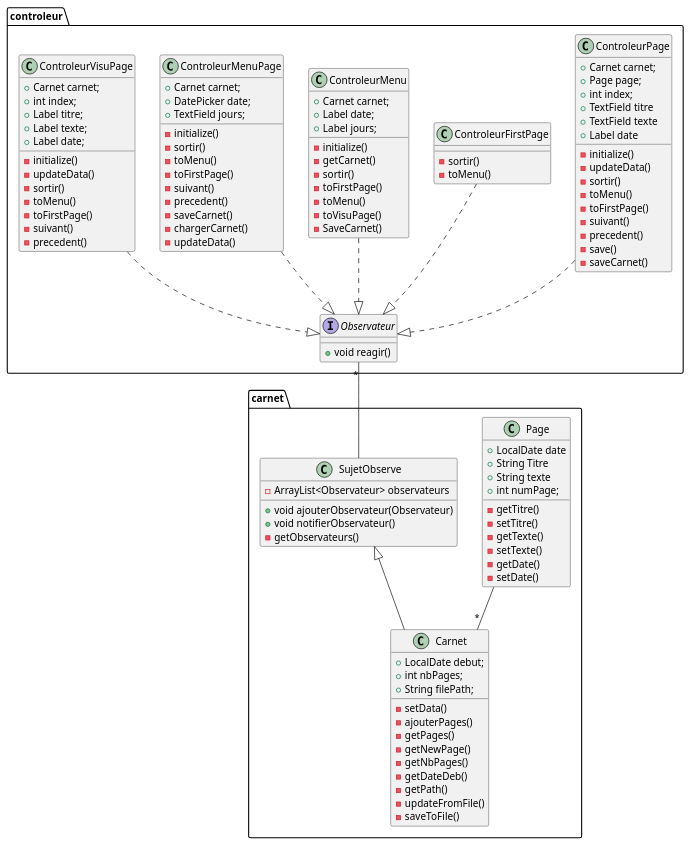
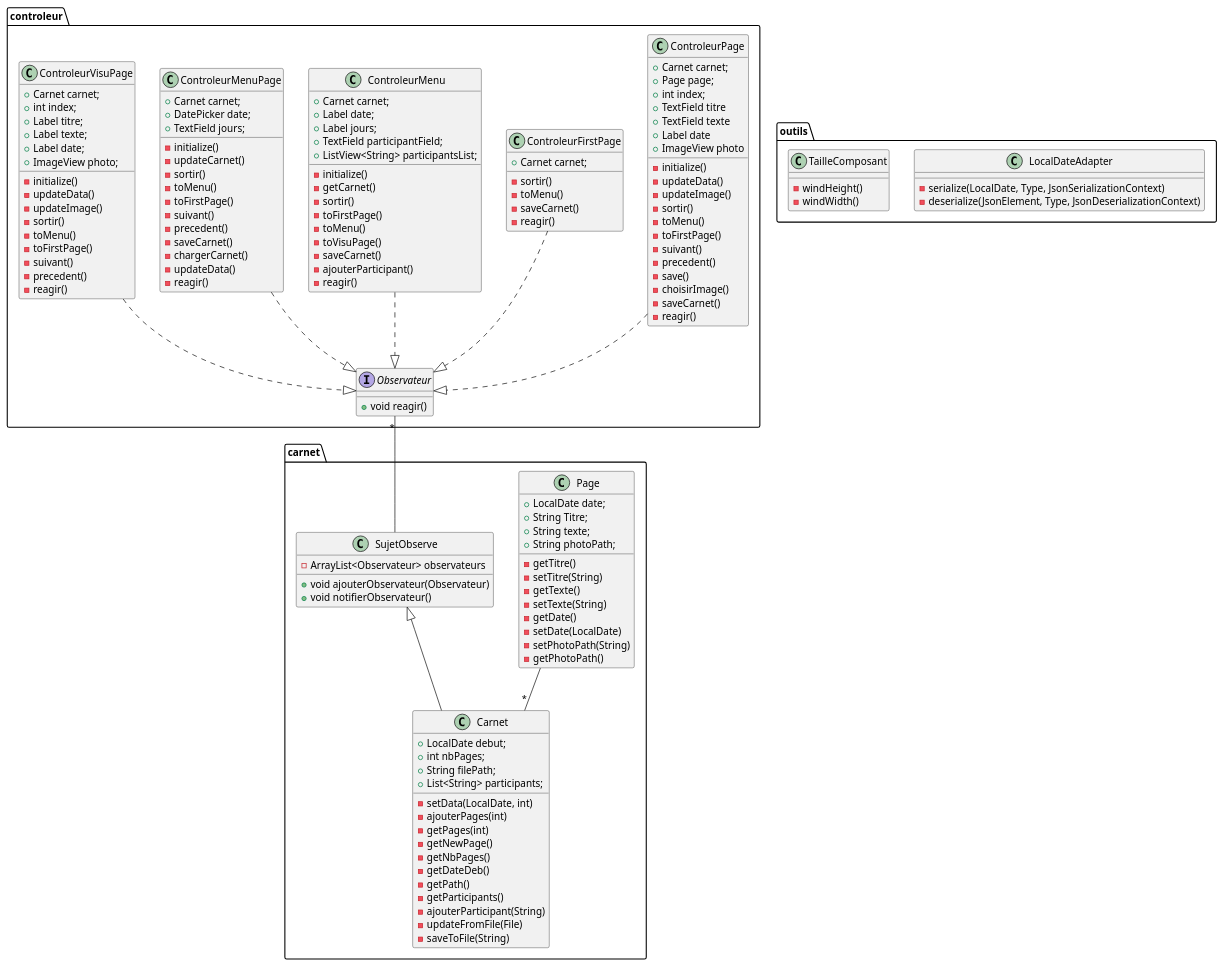
One commit to EmaLfy/Carnet-de-Voyage changed the diagram in ressources/Etude/Carnet.puml. Above: the diagram before and after it, drawn with PlantUML. The commit also changed 4 other files, not shown here.

```diff
--- a/ressources/Etude/Carnet.puml
+++ b/ressources/Etude/Carnet.puml
@@ -1,125 +1,155 @@
 @startuml
 
 class carnet.Page{
-    + LocalDate date
-    + String Titre
-    + String texte
-    + int numPage;
+    + LocalDate date;
+    + String Titre;
+    + String texte;
+    + String photoPath;
     - getTitre()
-    - setTitre()
+    - setTitre(String)
     - getTexte()
-    - setTexte()
+    - setTexte(String)
     - getDate()
-    - setDate()
+    - setDate(LocalDate)
+    - setPhotoPath(String)
+    - getPhotoPath()
 }
 
 class carnet.Carnet{
     + LocalDate debut;
     + int nbPages;
     + String filePath;
-    -  setData()
-    - ajouterPages()
-    - getPages()
+    + List<String> participants;
+    - setData(LocalDate, int)
+    - ajouterPages(int)
+    - getPages(int)
     - getNewPage()
     - getNbPages()
     - getDateDeb()
     - getPath()
-    - updateFromFile()
-    - saveToFile()
+    - getParticipants()
+    - ajouterParticipant(String)
+    - updateFromFile(File)
+    - saveToFile(String)
 
 }
 class carnet.SujetObserve{
     - ArrayList<Observateur> observateurs
     + void ajouterObservateur(Observateur)
     + void notifierObservateur()
-    - getObservateurs()
 }
 
 
 carnet.Page -- "*"carnet.Carnet
 
 carnet.SujetObserve <|-- carnet.Carnet
 
 
 
 controleur.Observateur "*" -- carnet.SujetObserve
 controleur.ControleurPage ..|> controleur.Observateur
 controleur.ControleurFirstPage ..|> controleur.Observateur
 controleur.ControleurMenu ..|> controleur.Observateur
 controleur.ControleurMenuPage ..|> controleur.Observateur
 controleur.ControleurVisuPage ..|> controleur.Observateur
 
 
 class controleur.ControleurFirstPage{
+    + Carnet carnet;
     - sortir()
     - toMenu()
+    - saveCarnet()
+    - reagir()
 }
 
 class controleur.ControleurMenu{
     + Carnet carnet;
     + Label date;
     + Label jours;
+    + TextField participantField;
+    + ListView<String> participantsList;
     - initialize()
     - getCarnet()
     - sortir()
     - toFirstPage()
     - toMenu()
     - toVisuPage()
-    - SaveCarnet()
+    - saveCarnet()
+    - ajouterParticipant()
+    - reagir()
 }
 
 class controleur.ControleurMenuPage{
     + Carnet carnet;
     + DatePicker date;
     + TextField jours;
     - initialize()
+    - updateCarnet()
     - sortir()
     - toMenu()
     - toFirstPage()
     - suivant()
     - precedent()
     - saveCarnet()
     - chargerCarnet()
     - updateData()
+    - reagir()
 }
 
 class controleur.ControleurVisuPage{
     + Carnet carnet;
     + int index;
     + Label titre;
     + Label texte;
     + Label date;
+    + ImageView photo;
     - initialize()
     - updateData()
+    - updateImage()
     - sortir()
     - toMenu()
     - toFirstPage()
     - suivant()
     - precedent()
+    - reagir()
 }
 
 
 class controleur.ControleurPage{
     + Carnet carnet;
     + Page page;
     + int index;
     + TextField titre
     + TextField texte
     + Label date
+    + ImageView photo
     - initialize()
     - updateData()
+    - updateImage()
     - sortir()
     - toMenu()
     - toFirstPage()
     - suivant()
     - precedent()
     - save()
+    - choisirImage()
     - saveCarnet()
+    - reagir()
 }
 
 interface controleur.Observateur{
     + void reagir()
 }
 
+class outils.LocalDateAdapter{
+    - serialize(LocalDate, Type, JsonSerializationContext)
+    - deserialize(JsonElement, Type, JsonDeserializationContext)
+}
+
+class outils.TailleComposant{
+    - windHeight()
+    - windWidth()
+}
+
 
 @enduml
```
